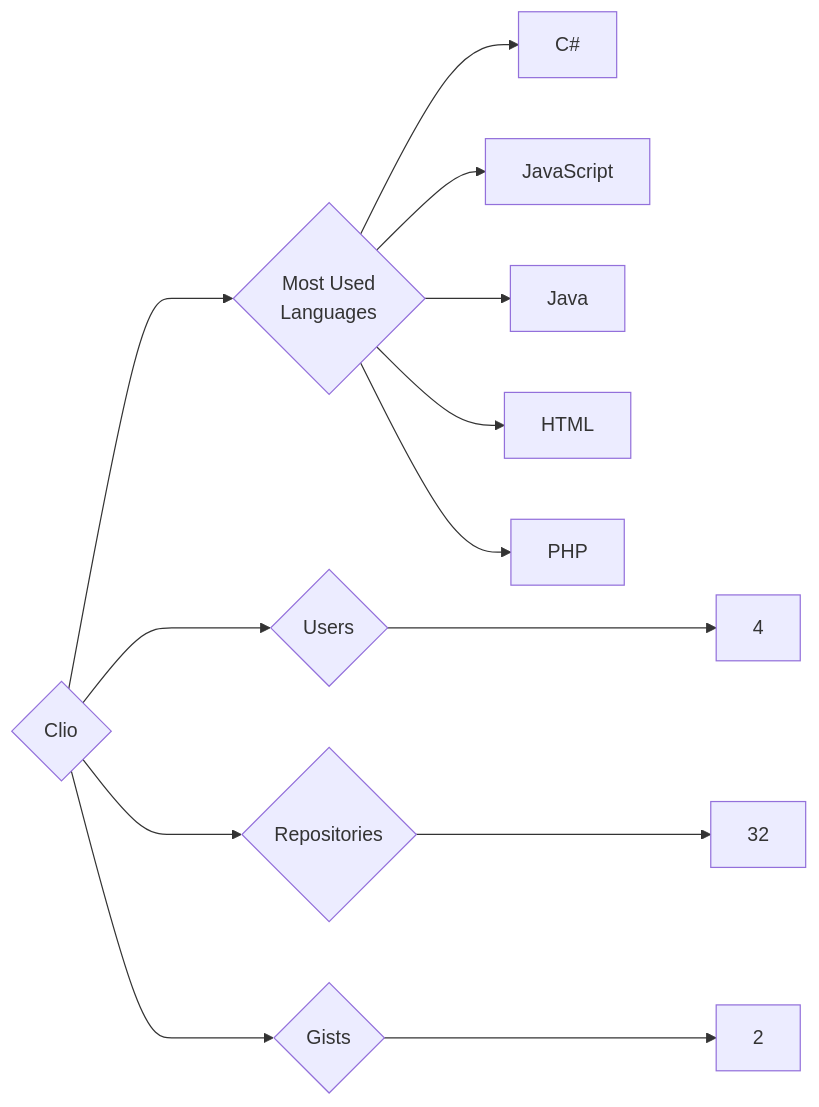
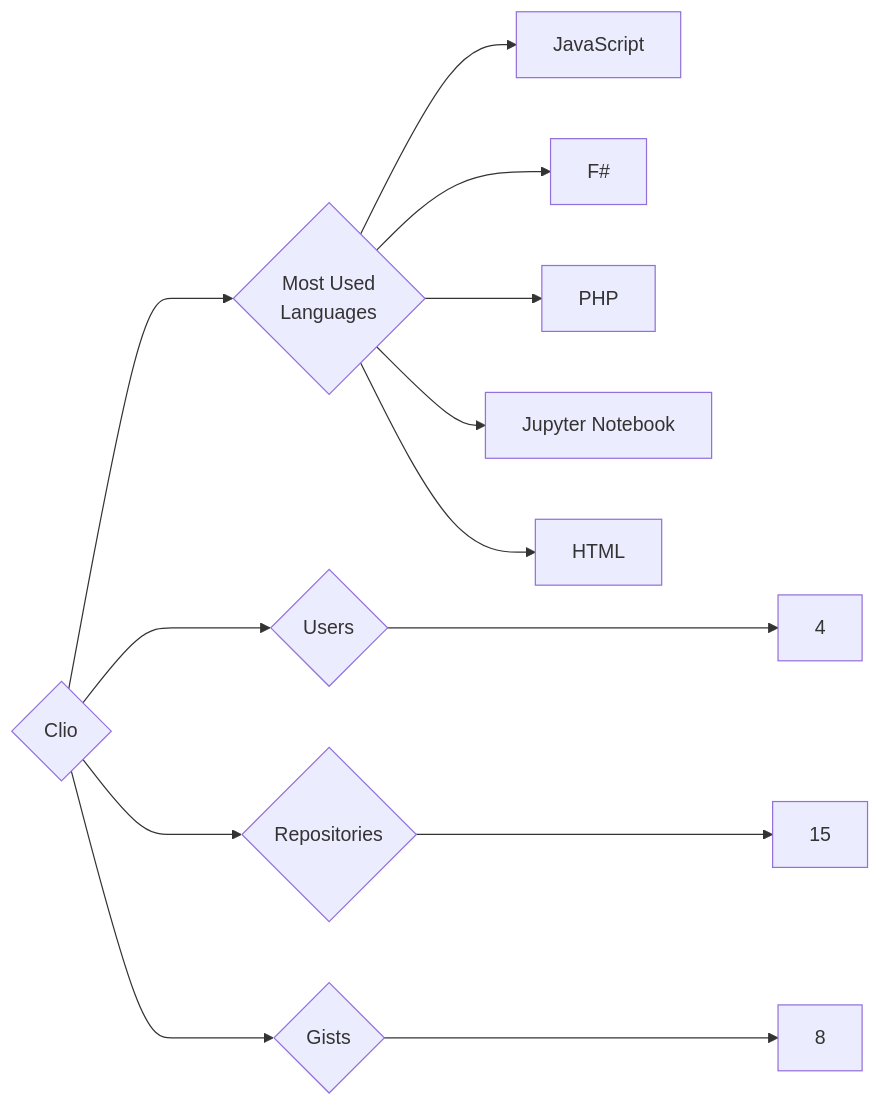
The diagram in targets/Clio/README.md (trickest/insiders), drawn with Mermaid before and after one commit. The commit also changed 1120 other files, not shown here.

````diff
--- a/targets/Clio/README.md
+++ b/targets/Clio/README.md
@@ -3,13 +3,13 @@
 ```mermaid
 graph LR
 COMPANY_NAME{Clio}
 COMPANY_NAME ---> U{Users} ---> UN[4]
-COMPANY_NAME ---> R{Repositories} ---> RN[32]
-COMPANY_NAME ---> G{Gists} ---> GN[2]
+COMPANY_NAME ---> R{Repositories} ---> RN[15]
+COMPANY_NAME ---> G{Gists} ---> GN[8]
 COMPANY_NAME ---> ML{Most Used<br>Languages}
-ML --> C#[C#]
 ML --> JavaScript[JavaScript]
-ML --> Java[Java]
+ML --> F#[F#]
+ML --> PHP[PHP]
+ML --> Jupyter_Notebook[Jupyter Notebook]
 ML --> HTML[HTML]
-ML --> PHP[PHP]
 ```
````
